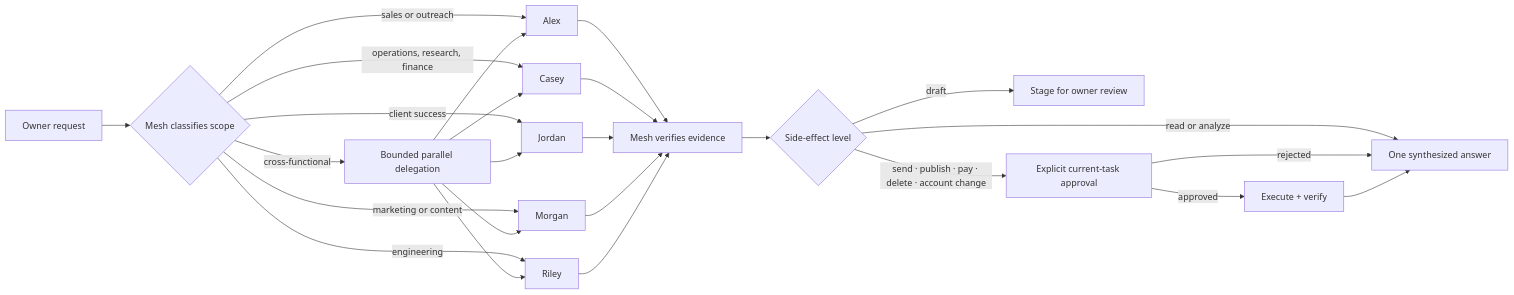
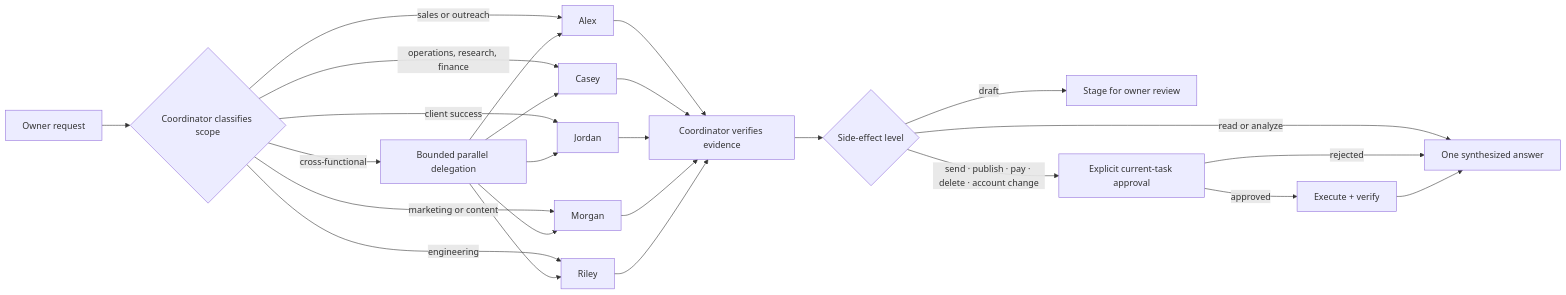
One commit to thefiredev-cloud/meshvault-agentic-architecture changed the third of 5 diagrams in README.md. Above: the diagram before and after it, drawn with Mermaid. The commit also changed other lines of this file, not shown here.

````diff
--- a/README.md
+++ b/README.md
@@ -134,31 +152,31 @@
 ```mermaid
 flowchart LR
-    Request["Owner request"] --> Classify{"Mesh classifies scope"}
+    Request["Owner request"] --> Classify{"Coordinator classifies scope"}
 
     Classify -->|sales or outreach| Alex["Alex"]
     Classify -->|operations, research, finance| Casey["Casey"]
     Classify -->|client success| Jordan["Jordan"]
     Classify -->|marketing or content| Morgan["Morgan"]
     Classify -->|engineering| Riley["Riley"]
     Classify -->|cross-functional| Fanout["Bounded parallel delegation"]
 
     Fanout --> Alex
     Fanout --> Casey
     Fanout --> Jordan
     Fanout --> Morgan
     Fanout --> Riley
 
-    Alex --> Verify["Mesh verifies evidence"]
+    Alex --> Verify["Coordinator verifies evidence"]
     Casey --> Verify
     Jordan --> Verify
     Morgan --> Verify
     Riley --> Verify
 
     Verify --> Risk{"Side-effect level"}
     Risk -->|read or analyze| Return["One synthesized answer"]
     Risk -->|draft| Stage["Stage for owner review"]
     Risk -->|send · publish · pay · delete · account change| Approval["Explicit current-task approval"]
     Approval -->|approved| Execute["Execute + verify"]
     Approval -->|rejected| Return
     Execute --> Return
 ```
````
